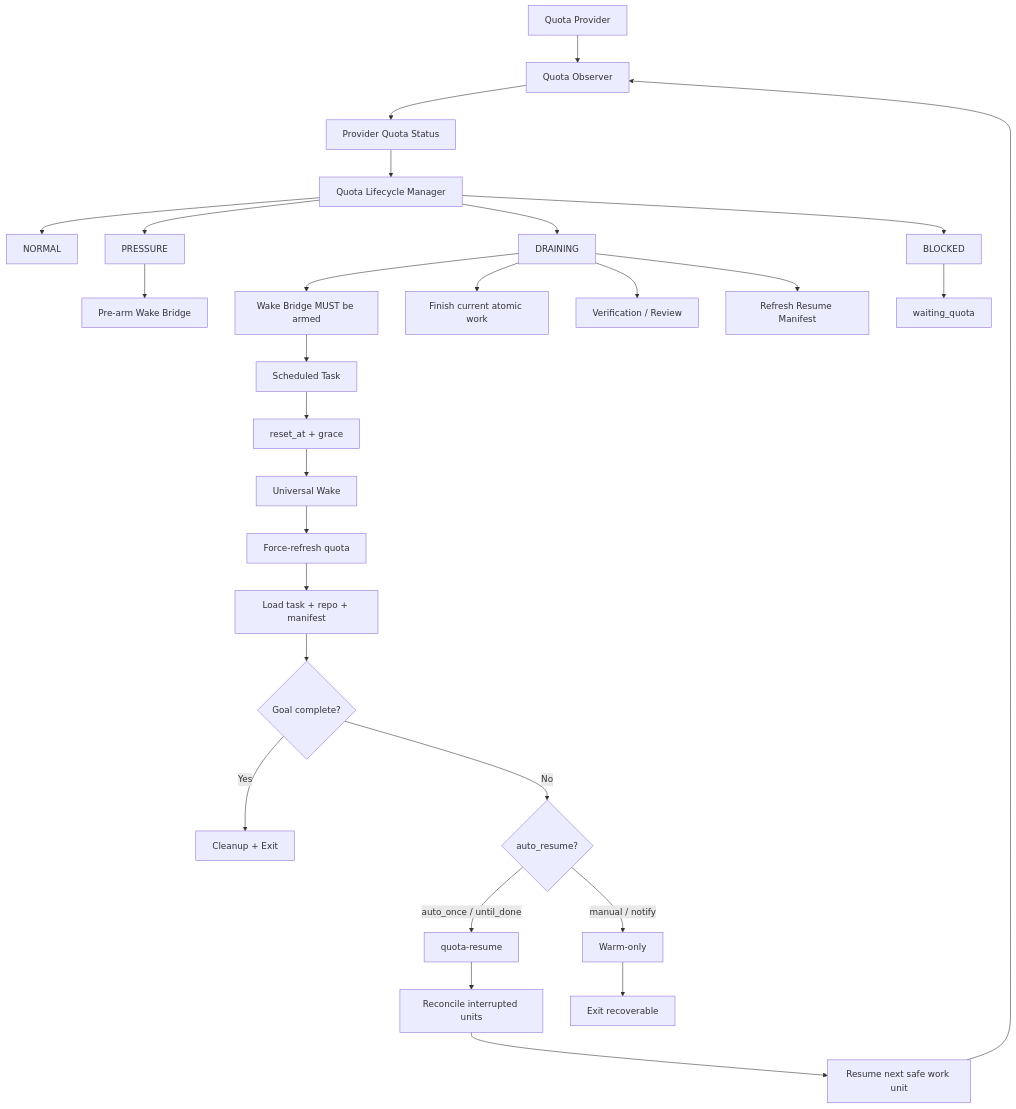
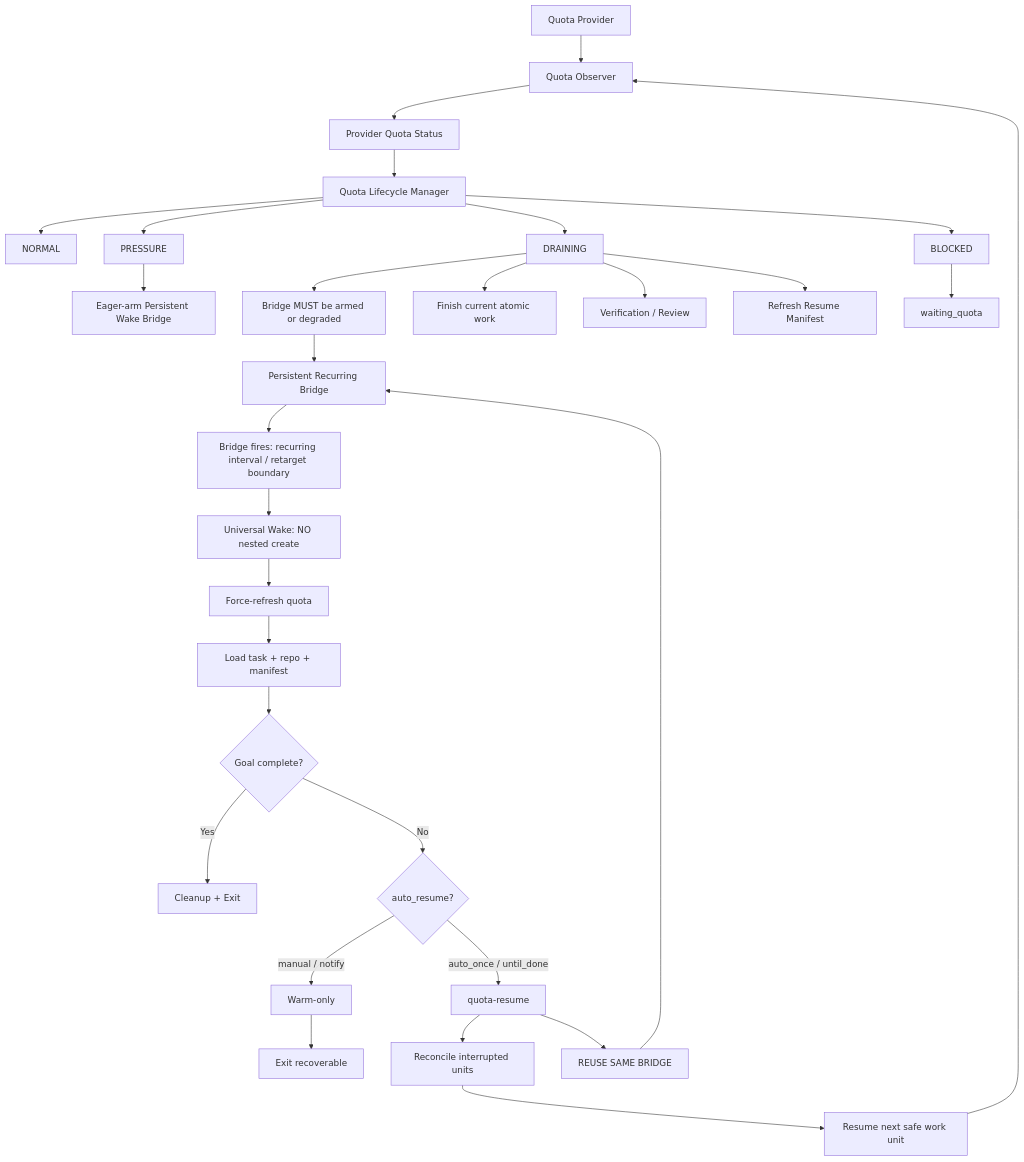
The diagram in docs/GLM-Conductor-v2.2-Quota-Continuity-Control-Loop-Implementation-Plan.md (Chengy257/glm-conductor), drawn with Mermaid before and after one commit. The commit also changed other lines of this file and 3 other files, not shown here.

````diff
--- a/docs/GLM-Conductor-v2.2-Quota-Continuity-Control-Loop-Implementation-Plan.md
+++ b/docs/GLM-Conductor-v2.2-Quota-Continuity-Control-Loop-Implementation-Plan.md
@@ -2529,41 +2948,43 @@
 ```mermaid
 flowchart TD
 
     A[Quota Provider] --> B[Quota Observer]
     B --> C[Provider Quota Status]
 
     C --> D[Quota Lifecycle Manager]
     D --> E[NORMAL]
     D --> F[PRESSURE]
     D --> G[DRAINING]
     D --> H[BLOCKED]
 
-    F --> I[Pre-arm Wake Bridge]
-    G --> J[Wake Bridge MUST be armed]
-    J --> K[Scheduled Task]
+    F --> I[Eager-arm Persistent Wake Bridge]
+    G --> J[Bridge MUST be armed or degraded]
+    J --> K[Persistent Recurring Bridge]
 
     G --> L[Finish current atomic work]
     G --> M[Verification / Review]
     G --> N[Refresh Resume Manifest]
 
     H --> O[waiting_quota]
 
-    K --> P[reset_at + grace]
-    P --> Q[Universal Wake]
+    K --> P[Bridge fires: recurring interval / retarget boundary]
+    P --> Q[Universal Wake: NO nested create]
 
     Q --> R[Force-refresh quota]
     R --> S[Load task + repo + manifest]
 
     S --> T{Goal complete?}
     T -->|Yes| U[Cleanup + Exit]
     T -->|No| V{auto_resume?}
 
     V -->|manual / notify| W[Warm-only]
     V -->|auto_once / until_done| X[quota-resume]
 
     X --> Y[Reconcile interrupted units]
     Y --> Z[Resume next safe work unit]
 
     W --> AA[Exit recoverable]
+    X --> AB[REUSE SAME BRIDGE]
+    AB --> K
     Z --> B
 ```
````
